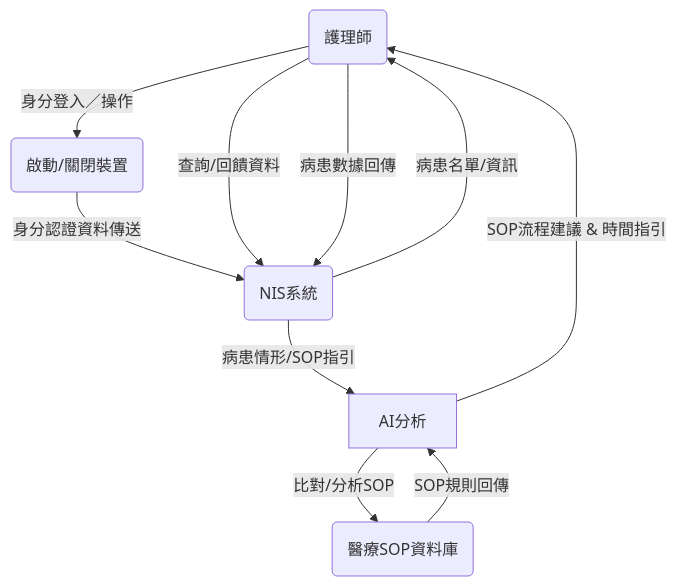
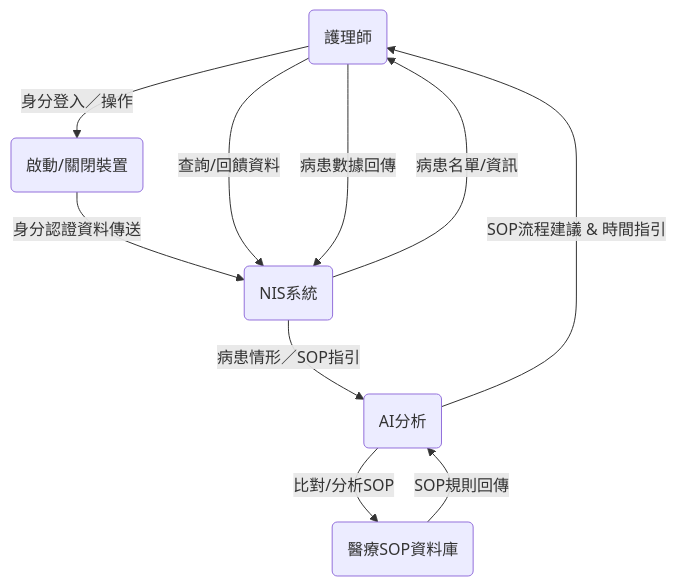
The first of 2 diagrams in README.md (c112118138-dev/grouphw4), drawn with Mermaid before and after one commit. The commit also changed other lines of this file, not shown here.

````diff
--- a/README.md
+++ b/README.md
@@ -1,13 +5,13 @@
 ```mermaid
 flowchart TD
     Nurse(護理師) -->|身分登入／操作| Device(啟動/關閉裝置)
     Device -- 身分認證資料傳送 --> NIS(NIS系統)
+    Nurse -- 查詢/回饋資料 --> NIS
     NIS -- 病患名單/資訊 --> Nurse
-    Nurse -- 查詢/回饋資料 --> NIS
-    NIS -- 病患情形/SOP指引 --> AI分析
-    AI分析 -- 比對/分析SOP --> SOPDB(醫療SOP資料庫)
-    SOPDB -- SOP規則回傳 --> AI分析
-    AI分析 -- SOP流程建議 & 時間指引 --> Nurse
     Nurse -- 病患數據回傳 --> NIS
+    NIS -- 病患情形／SOP指引 --> AI( AI分析 )
+    AI -- 比對/分析SOP --> SOPDB(醫療SOP資料庫)
+    SOPDB -- SOP規則回傳 --> AI
+    AI -- SOP流程建議 & 時間指引--> Nurse
 
 ```
````
